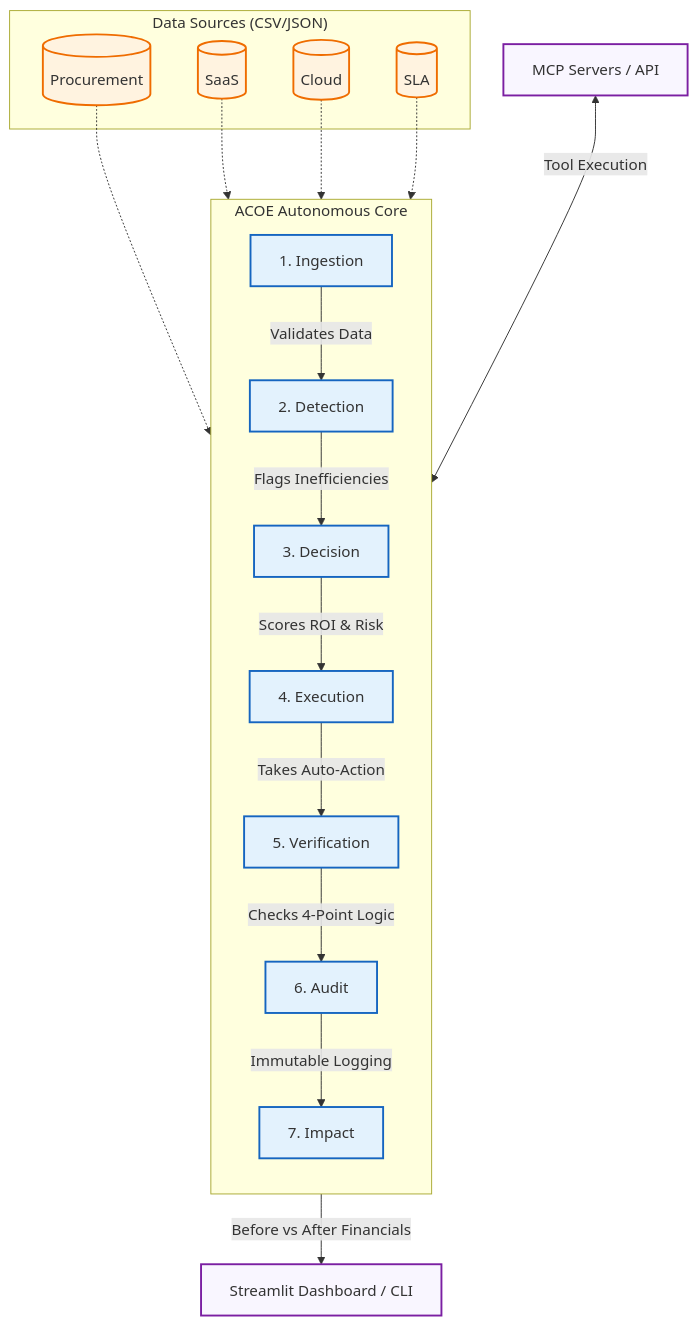
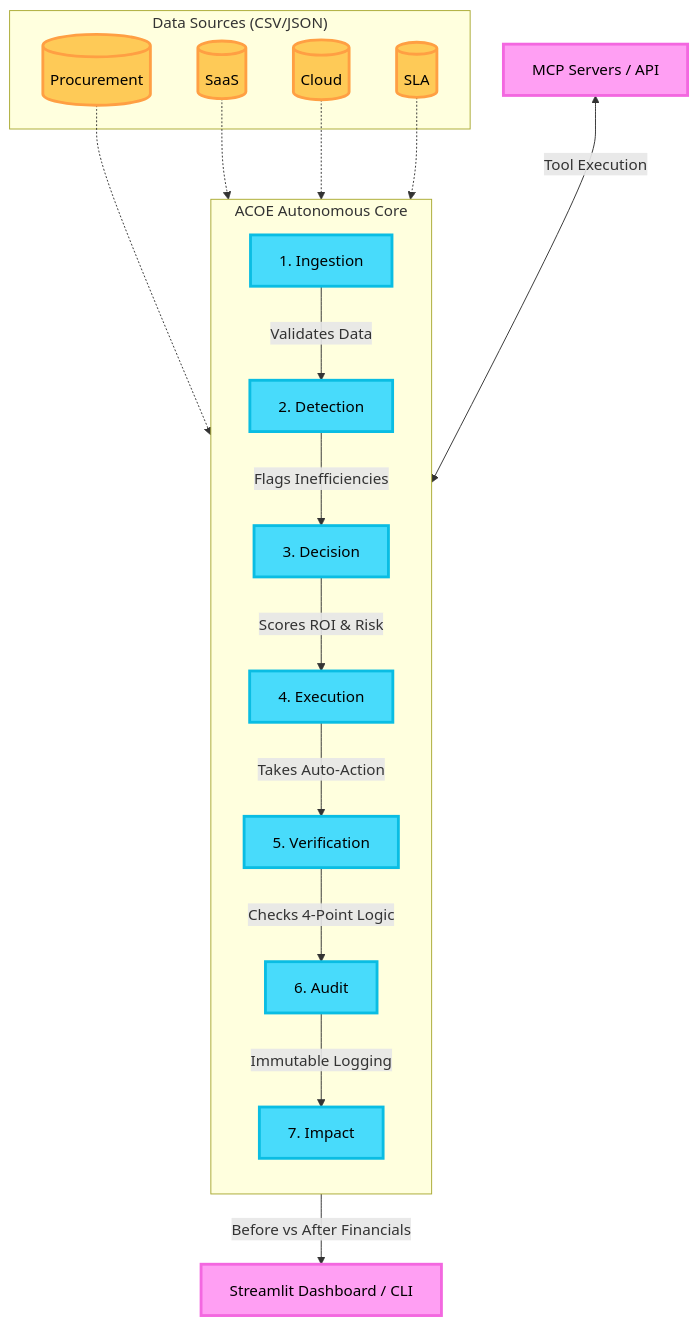
One commit to Roniafj44/Autonomous-Cost-Optimization-Engine-ACOE- changed the diagram in README.md. Above: the diagram before and after it, drawn with Mermaid.

Commit message:
style: update Mermaid diagram class definitions with vibrant colors and thicker strokes

````diff
--- a/README.md
+++ b/README.md
@@ -43,42 +43,42 @@
 ```mermaid
 graph TD
-    classDef primary fill:#f9f6ff,stroke:#7b1fa2,stroke-width:2px
-    classDef stage fill:#e3f2fd,stroke:#1565c0,stroke-width:2px
-    classDef data fill:#fff3e0,stroke:#ef6c00,stroke-width:2px
+    classDef primary fill:#ff9ff3,stroke:#f368e0,stroke-width:3px,color:#000
+    classDef stage fill:#48dbfb,stroke:#0abde3,stroke-width:3px,color:#000
+    classDef data fill:#feca57,stroke:#ff9f43,stroke-width:3px,color:#000
     
     subgraph "Data Sources (CSV/JSON)"
         DB1[(Procurement)]:::data
         DB2[(SaaS)]:::data
         DB3[(Cloud)]:::data
         DB4[(SLA)]:::data
     end
 
     subgraph "ACOE Autonomous Core"
         direction TB
         S1[1. Ingestion]:::stage
         S2[2. Detection]:::stage 
         S3[3. Decision]:::stage
         S4[4. Execution]:::stage
         S5[5. Verification]:::stage
         S6[6. Audit]:::stage
         S7[7. Impact]:::stage
         
         S1 -->|Validates Data| S2
         S2 -->|Flags Inefficiencies| S3
         S3 -->|Scores ROI & Risk| S4
         S4 -->|Takes Auto-Action| S5
         S5 -->|Checks 4-Point Logic| S6
         S6 -->|Immutable Logging| S7
     end
 
     DB1 -.-> S1
     DB2 -.-> S1
     DB3 -.-> S1
     DB4 -.-> S1
 
     UI[Streamlit Dashboard / CLI]:::primary
     S7 -->|Before vs After Financials| UI
     
     MCP[MCP Servers / API]:::primary
     MCP <-->|Tool Execution| S1
 ```
````
